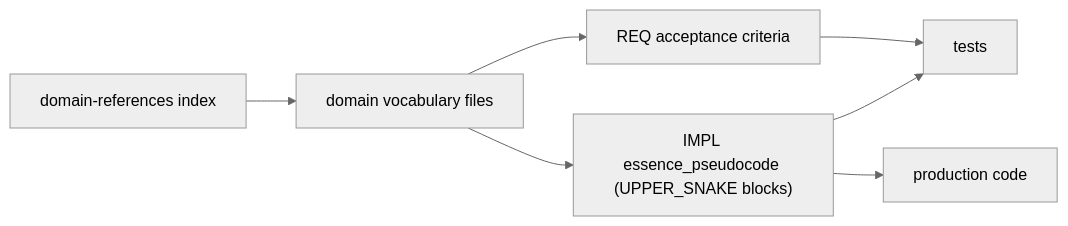
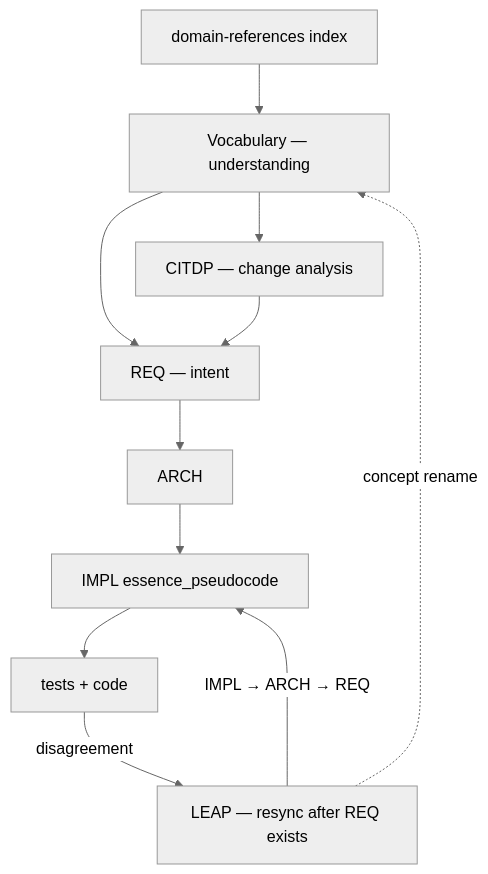
The diagram in tied/docs/vocabulary-index-analysis-and-standards.md (fareedst/bkpdir), drawn with Mermaid (neutral theme) before and after one commit. The commit also changed other lines of this file and 683 other files, not shown here.

````diff
--- a/tied/docs/vocabulary-index-analysis-and-standards.md
+++ b/tied/docs/vocabulary-index-analysis-and-standards.md
@@ -67,15 +83,20 @@
 ```mermaid
-flowchart LR
+flowchart TB
   Index["domain-references index"]
-  Vocab["domain vocabulary files"]
-  REQ["REQ acceptance criteria"]
-  IMPL["IMPL essence_pseudocode (UPPER_SNAKE blocks)"]
-  Tests["tests"]
-  Code["production code"]
+  Vocab["Vocabulary — understanding"]
+  CITDP["CITDP — change analysis"]
+  REQ["REQ — intent"]
+  ARCH["ARCH"]
+  IMPL["IMPL essence_pseudocode"]
+  Tests["tests + code"]
+  LEAP["LEAP — resync after REQ exists"]
+
   Index --> Vocab
+  Vocab --> CITDP
   Vocab --> REQ
-  Vocab --> IMPL
-  IMPL --> Tests
-  IMPL --> Code
-  REQ --> Tests
+  CITDP --> REQ
+  REQ --> ARCH --> IMPL --> Tests
+  Tests -->|"disagreement"| LEAP
+  LEAP -->|"IMPL → ARCH → REQ"| IMPL
+  LEAP -.->|"concept rename"| Vocab
 ```
````
